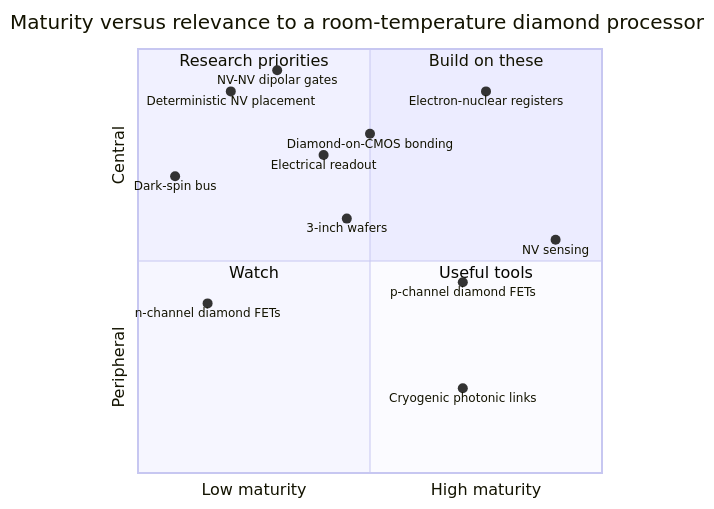
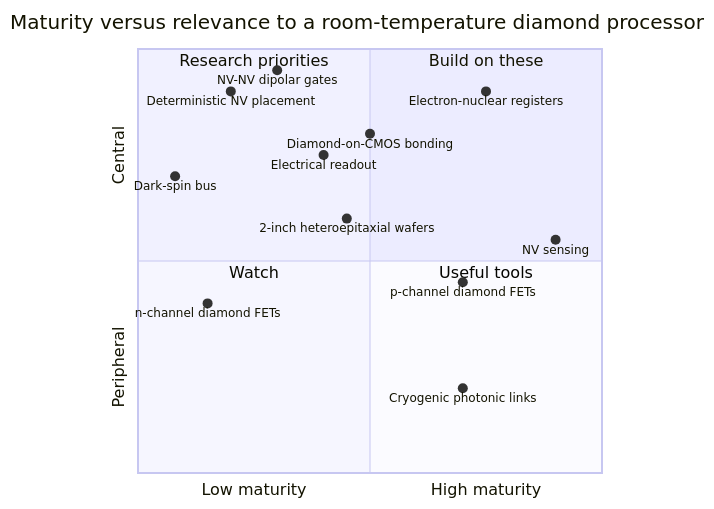
Before and after one commit to Normansrule/adamas-diamond-framework: the diagram in docs/10_current_experiments_and_industry.md, drawn with Mermaid. The commit also changed other lines of this file and 167 other files, not shown here.

````diff
--- a/docs/10_current_experiments_and_industry.md
+++ b/docs/10_current_experiments_and_industry.md
@@ -49,21 +51,21 @@
 ```mermaid
 quadrantChart
     title Maturity versus relevance to a room-temperature diamond processor
     x-axis Low maturity --> High maturity
     y-axis Peripheral --> Central
     quadrant-1 Build on these
     quadrant-2 Research priorities
     quadrant-3 Watch
     quadrant-4 Useful tools
     "NV sensing": [0.9, 0.55]
     "Electron-nuclear registers": [0.75, 0.9]
     "NV-NV dipolar gates": [0.3, 0.95]
     "Deterministic NV placement": [0.2, 0.9]
     "Electrical readout": [0.4, 0.75]
     "Dark-spin bus": [0.08, 0.7]
     "p-channel diamond FETs": [0.7, 0.45]
     "n-channel diamond FETs": [0.15, 0.4]
-    "3-inch wafers": [0.45, 0.6]
+    "2-inch heteroepitaxial wafers": [0.45, 0.6]
     "Diamond-on-CMOS bonding": [0.5, 0.8]
     "Cryogenic photonic links": [0.7, 0.2]
 ```
````
